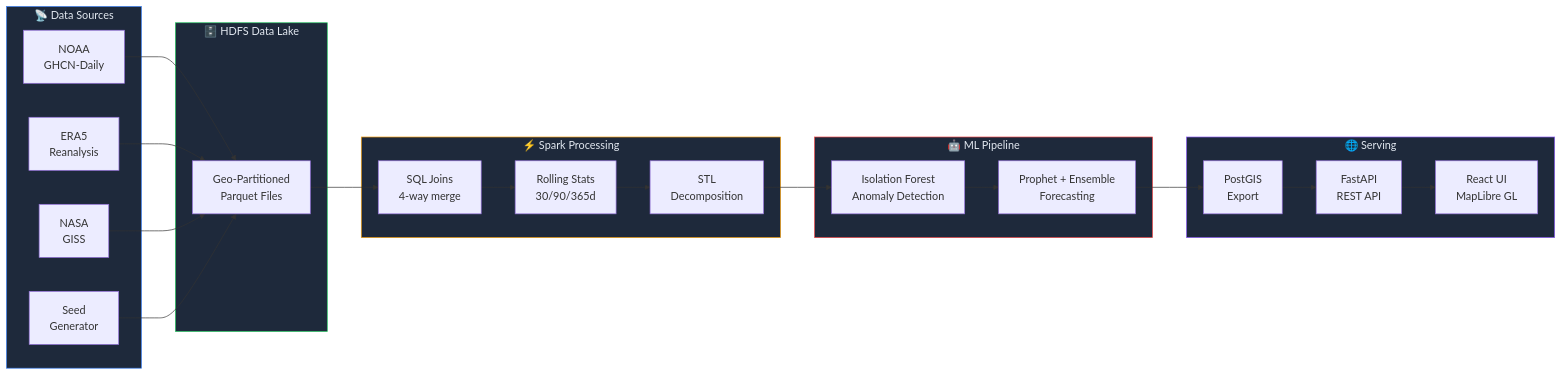
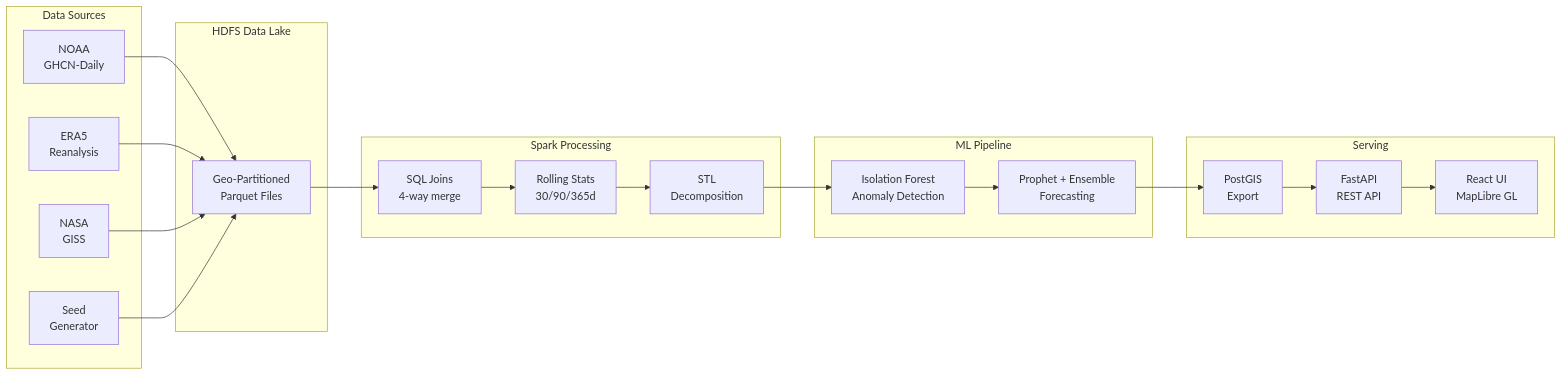
The second of 2 diagrams in README.md (dhairyamishra/CLIMATE-PREDICTION-SPARK), drawn with Mermaid before and after one commit. The commit also changed other lines of this file, not shown here.

First line of the commit message:
docs: rewrite README with local dev workflow, updated architecture, and current stack details

````diff
--- a/README.md
+++ b/README.md
@@ -64,41 +145,35 @@
 ```mermaid
 flowchart LR
-    subgraph Sources["📡 Data Sources"]
+    subgraph Sources["Data Sources"]
         GHCN["NOAA\nGHCN-Daily"]
         ERA5["ERA5\nReanalysis"]
         GISS["NASA\nGISS"]
         SEED["Seed\nGenerator"]
     end
 
-    subgraph Lake["🗄️ HDFS Data Lake"]
+    subgraph Lake["HDFS Data Lake"]
         PAR["Geo-Partitioned\nParquet Files"]
     end
 
-    subgraph Processing["⚡ Spark Processing"]
+    subgraph Processing["Spark Processing"]
         JOIN["SQL Joins\n4-way merge"]
         ROLL["Rolling Stats\n30/90/365d"]
         STL["STL\nDecomposition"]
     end
 
-    subgraph ML["🤖 ML Pipeline"]
+    subgraph MLpipe["ML Pipeline"]
         ISO["Isolation Forest\nAnomaly Detection"]
         PRO["Prophet + Ensemble\nForecasting"]
     end
 
-    subgraph Serve["🌐 Serving"]
+    subgraph Serve["Serving"]
         PG["PostGIS\nExport"]
         FAST["FastAPI\nREST API"]
         REACT["React UI\nMapLibre GL"]
     end
 
     GHCN & ERA5 & GISS & SEED --> PAR
     PAR --> JOIN --> ROLL --> STL
     STL --> ISO --> PRO
     PRO --> PG --> FAST --> REACT
-
-    style Sources fill:#1e293b,stroke:#3b82f6,color:#e2e8f0
-    style Lake fill:#1e293b,stroke:#22c55e,color:#e2e8f0
-    style Processing fill:#1e293b,stroke:#f59e0b,color:#e2e8f0
-    style ML fill:#1e293b,stroke:#ef4444,color:#e2e8f0
-    style Serve fill:#1e293b,stroke:#8b5cf6,color:#e2e8f0
 ```
````
